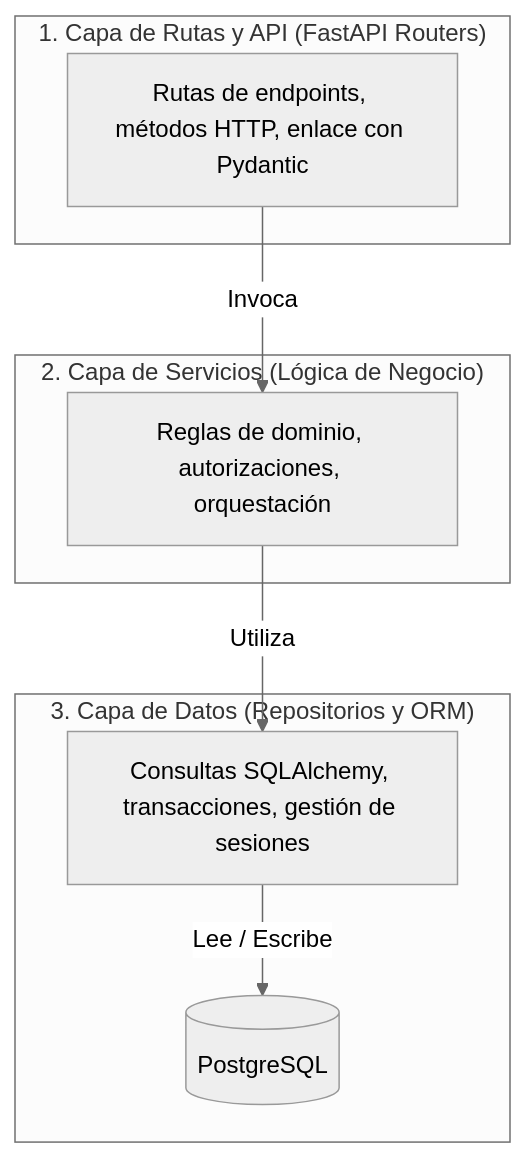
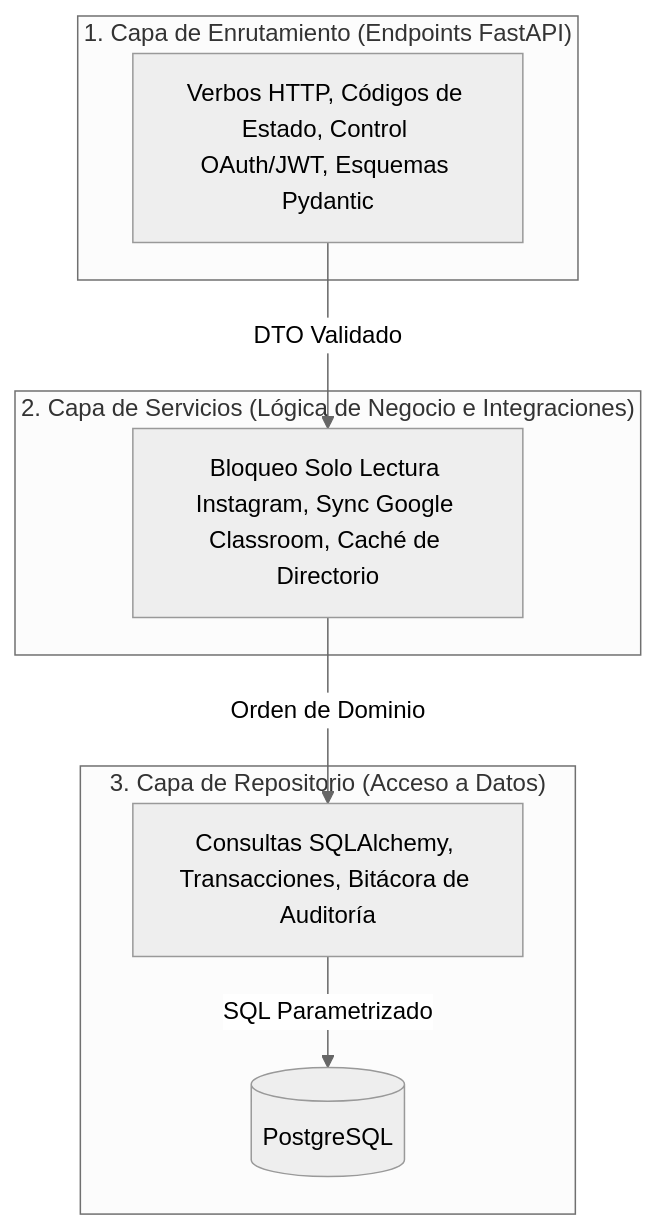
The third of 3 diagrams in content/posts/upa-campus-app-architecture-part-5/index.es.md (Pascal-Thommen/pascal-thommen.github.io), drawn with Mermaid (neutral theme) before and after one commit. The commit also changed other lines of this file and 20 other files, not shown here.

Commit message:
feat(posts): refine UPA Campus App architecture series with holistic webapp mental model and specification depth

````diff
--- a/content/posts/upa-campus-app-architecture-part-5/index.es.md
+++ b/content/posts/upa-campus-app-architecture-part-5/index.es.md
@@ -156,17 +112,17 @@
 ```mermaid
 flowchart TD
-    subgraph PresentationLayer["1. Capa de Rutas y API (FastAPI Routers)"]
-        Router["Rutas de endpoints, métodos HTTP, enlace con Pydantic"]
+    subgraph PresentationLayer["1. Capa de Enrutamiento (Endpoints FastAPI)"]
+        Router["Verbos HTTP, Códigos de Estado, Control OAuth/JWT, Esquemas Pydantic"]
     end
-    subgraph BusinessLayer["2. Capa de Servicios (Lógica de Negocio)"]
-        Service["Reglas de dominio, autorizaciones, orquestación"]
+    subgraph BusinessLayer["2. Capa de Servicios (Lógica de Negocio e Integraciones)"]
+        Service["Bloqueo Solo Lectura Instagram, Sync Google Classroom, Caché de Directorio"]
     end
-    subgraph PersistenceLayer["3. Capa de Datos (Repositorios y ORM)"]
-        Repo["Consultas SQLAlchemy, transacciones, gestión de sesiones"]
+    subgraph PersistenceLayer["3. Capa de Repositorio (Acceso a Datos)"]
+        Repo["Consultas SQLAlchemy, Transacciones, Bitácora de Auditoría"]
         DB[(PostgreSQL)]
     end
 
-    Router -->|Invoca| Service
-    Service -->|Utiliza| Repo
-    Repo -->|Lee / Escribe| DB
+    Router -->|DTO Validado| Service
+    Service -->|Orden de Dominio| Repo
+    Repo -->|SQL Parametrizado| DB
 ```
````
